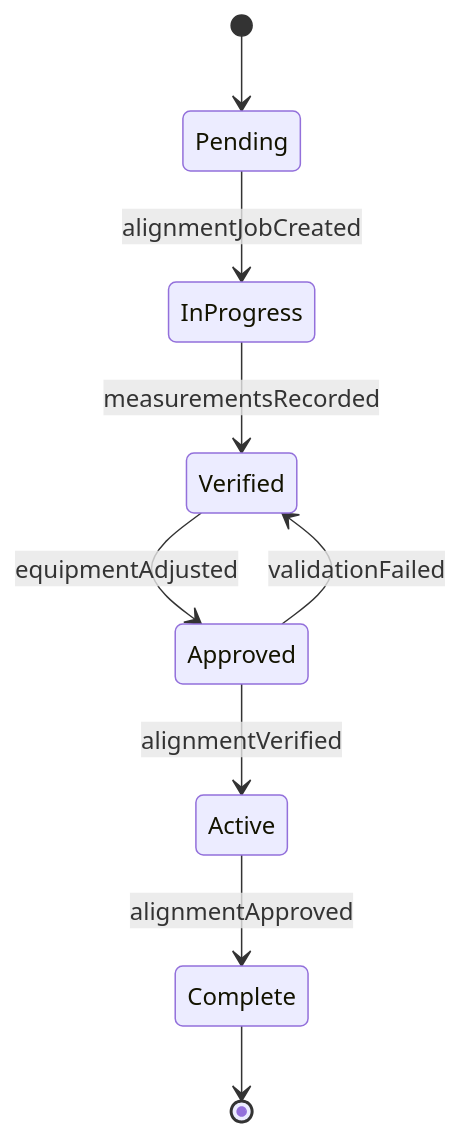
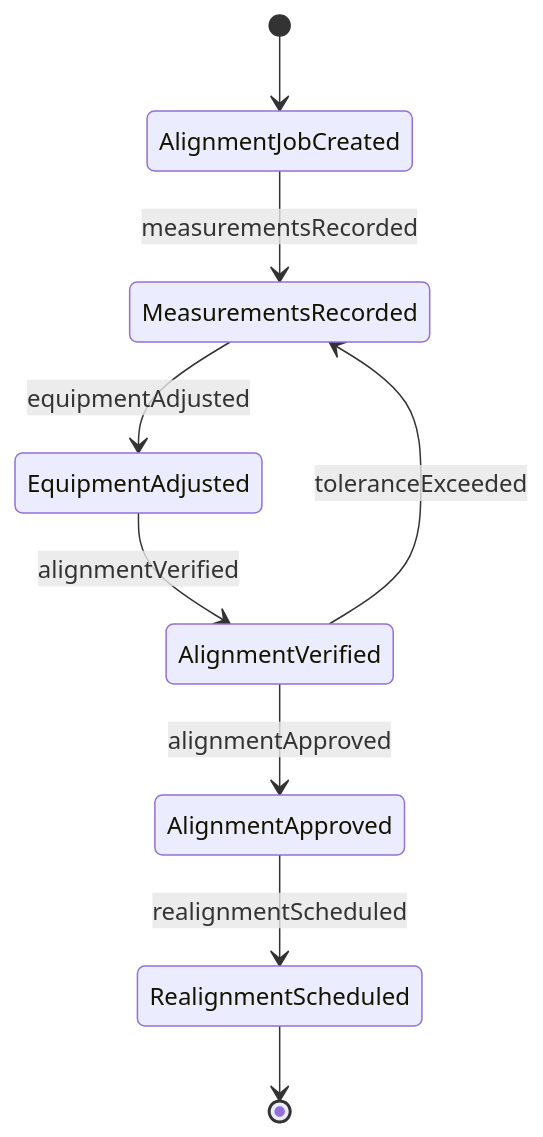
Before and after one commit to dot-org-ai/tasks.org.ai: the second of 4 diagrams in HandlingAndMovingObjects/PositionMaterialsOrComponentsForAssembly/AlignEquipmentMachinery.mdx, drawn with Mermaid. The commit also changed other lines of this file and 515 other files, not shown here.

````diff
--- a/HandlingAndMovingObjects/PositionMaterialsOrComponentsForAssembly/AlignEquipmentMachinery.mdx
+++ b/HandlingAndMovingObjects/PositionMaterialsOrComponentsForAssembly/AlignEquipmentMachinery.mdx
@@ -99,11 +99,11 @@
 ```mermaid
 stateDiagram-v2
-    [*] --> Pending
-    Pending --> InProgress : alignmentJobCreated
-    InProgress --> Verified : measurementsRecorded
-    Verified --> Approved : equipmentAdjusted
-    Approved --> Active : alignmentVerified
-    Active --> Complete : alignmentApproved
-    Approved --> Verified : validationFailed
-    Complete --> [*]
+    [*] --> AlignmentJobCreated
+    AlignmentJobCreated --> MeasurementsRecorded : measurementsRecorded
+    MeasurementsRecorded --> EquipmentAdjusted : equipmentAdjusted
+    EquipmentAdjusted --> AlignmentVerified : alignmentVerified
+    AlignmentVerified --> MeasurementsRecorded : toleranceExceeded
+    AlignmentVerified --> AlignmentApproved : alignmentApproved
+    AlignmentApproved --> RealignmentScheduled : realignmentScheduled
+    RealignmentScheduled --> [*]
 ```
````
